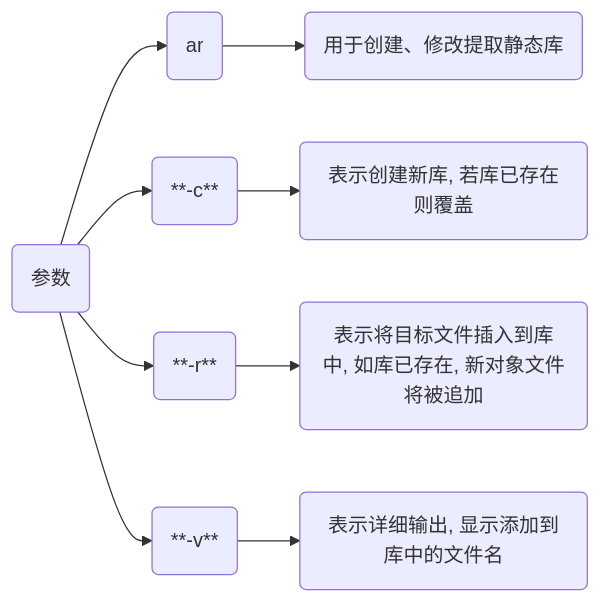
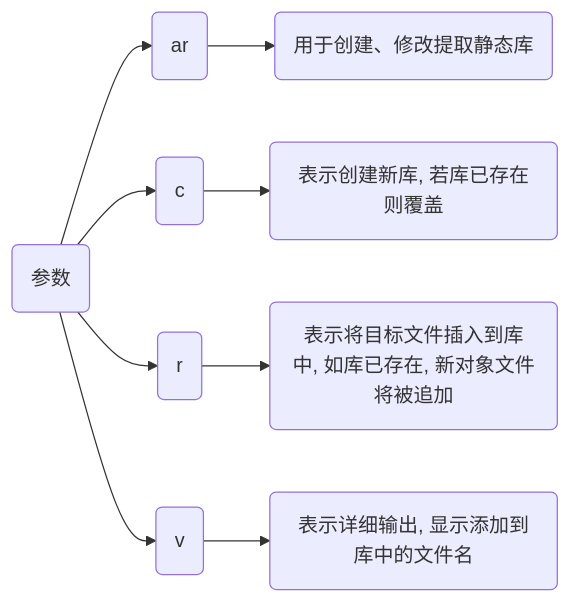
One commit to dmjcb/dmjcb.github.io changed the second of 2 diagrams in _posts/Language/C_C++/Library/2022-08-15-静态库.md. Above: the diagram before and after it, drawn with Mermaid. The commit also changed other lines of this file and 10 other files, not shown here.

````diff
--- a/_posts/Language/C_C++/Library/2022-08-15-静态库.md
+++ b/_posts/Language/C_C++/Library/2022-08-15-静态库.md
@@ -65,8 +67,8 @@
 ```mermaid
 graph LR;
     X(参数)
     X --> A(ar) --> A1(用于创建、修改提取静态库)
-    X --> B(**-c**) --> B1(表示创建新库, 若库已存在则覆盖)
-    X --> C(**-r**) --> C1(表示将目标文件插入到库中, 如库已存在, 新对象文件将被追加)
-    X --> D(**-v**) --> D1(表示详细输出, 显示添加到库中的文件名)
+    X --> B("c") --> B1(表示创建新库, 若库已存在则覆盖)
+    X --> C("r") --> C1(表示将目标文件插入到库中, 如库已存在, 新对象文件将被追加)
+    X --> D("v") --> D1(表示详细输出, 显示添加到库中的文件名)
 ```
````
